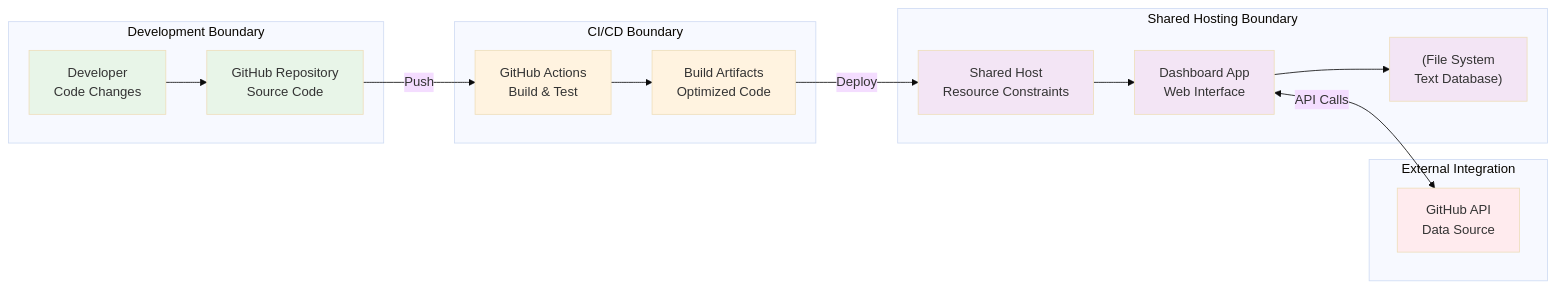
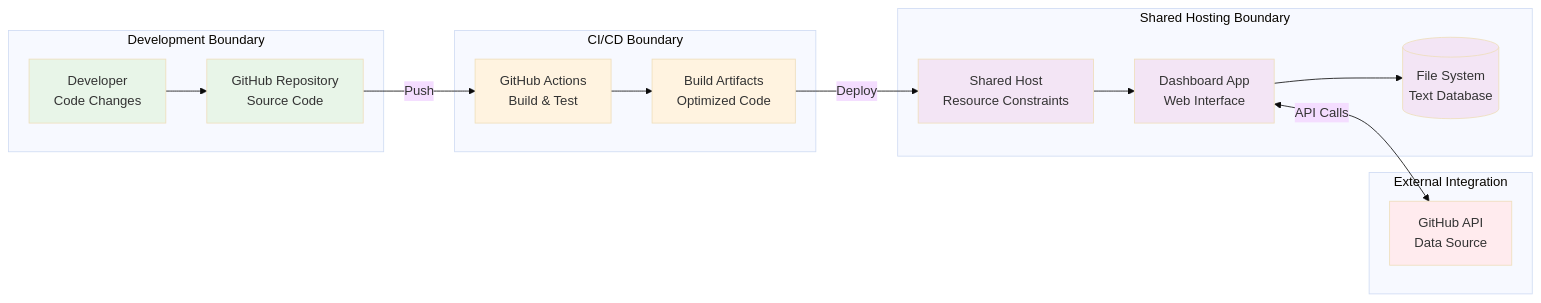
The eighth of 8 diagrams in OrgDocument/projects/01 - Scrum master assistant/artifacts/Analysis/collaboration-diagrams.md (zhongadamwang/GitHubProjectAssistant), drawn with Mermaid (base theme) before and after one commit. The commit also changed other lines of this file and 9 other files, not shown here.

Commit message:
Fix diagram errors

````diff
--- a/OrgDocument/projects/01 - Scrum master assistant/artifacts/Analysis/collaboration-diagrams.md
+++ b/OrgDocument/projects/01 - Scrum master assistant/artifacts/Analysis/collaboration-diagrams.md
@@ -312,40 +313,40 @@
 ```mermaid
 flowchart LR
     subgraph "Development Boundary"
         DEV[Developer<br/>Code Changes]
         REPO[GitHub Repository<br/>Source Code]
     end
     
     subgraph "CI/CD Boundary"
         GHA[GitHub Actions<br/>Build & Test]
         BUILD[Build Artifacts<br/>Optimized Code]
     end
     
     subgraph "Shared Hosting Boundary"
         HOST[Shared Host<br/>Resource Constraints]
         APP[Dashboard App<br/>Web Interface]
-        FS["(File System<br/>Text Database)"]
+        FS[(File System<br/>Text Database)]
     end
     
     subgraph "External Integration"
         GITHUB[GitHub API<br/>Data Source]
     end
     
     DEV --> REPO
     REPO -->|Push| GHA
     GHA --> BUILD
     BUILD -->|Deploy| HOST
     HOST --> APP
     APP --> FS
-    APP <--> |API Calls| GITHUB
+    APP <-->|API Calls| GITHUB
     
     classDef dev fill:#e8f5e8
     classDef cicd fill:#fff3e0
     classDef hosting fill:#f3e5f5
     classDef external fill:#ffebee
     
     class DEV,REPO dev
     class GHA,BUILD cicd
     class HOST,APP,FS hosting
     class GITHUB external
 ```
````
